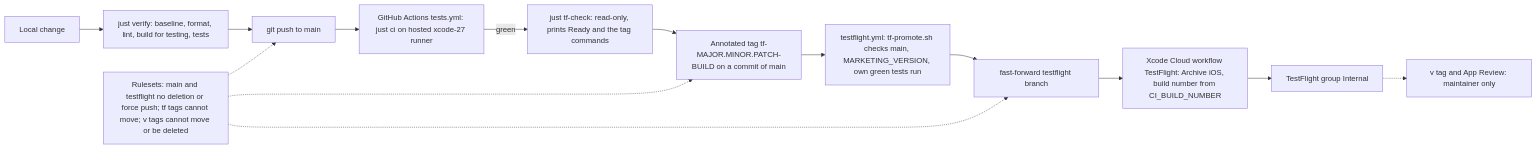
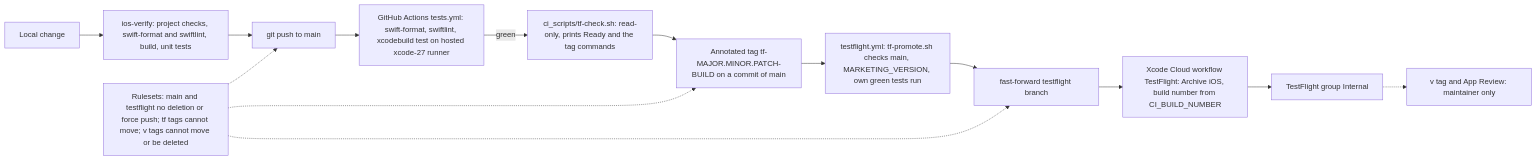
Before and after one commit to vil4max/pitstop-ios: the ninth of 9 diagrams in docs/engineering/system-overview.md, drawn with Mermaid. The commit also changed other lines of this file and 71 other files, not shown here.

````diff
--- a/docs/engineering/system-overview.md
+++ b/docs/engineering/system-overview.md
@@ -759,22 +759,22 @@
 ```mermaid
 flowchart LR
     dev["Local change"]
-    verify["just verify: baseline, format, lint, build for testing, tests"]
+    verify["ios-verify: project checks, swift-format and swiftlint, build, unit tests"]
     push["git push to main"]
-    tests["GitHub Actions tests.yml: just ci on hosted xcode-27 runner"]
-    check["just tf-check: read-only, prints Ready and the tag commands"]
+    tests["GitHub Actions tests.yml: swift-format, swiftlint, xcodebuild test on hosted xcode-27 runner"]
+    check["ci_scripts/tf-check.sh: read-only, prints Ready and the tag commands"]
     tag["Annotated tag tf-MAJOR.MINOR.PATCH-BUILD on a commit of main"]
     promote["testflight.yml: tf-promote.sh checks main, MARKETING_VERSION, own green tests run"]
     branch["fast-forward testflight branch"]
     xcc["Xcode Cloud workflow TestFlight: Archive iOS, build number from CI_BUILD_NUMBER"]
     tfg["TestFlight group Internal"]
     vtag["v tag and App Review: maintainer only"]
     rules["Rulesets: main and testflight no deletion or force push; tf tags cannot move; v tags cannot move or be deleted"]
 
     dev --> verify --> push --> tests
     tests -- green --> check --> tag --> promote --> branch --> xcc --> tfg
     tfg -.-> vtag
     rules -.-> push
     rules -.-> tag
     rules -.-> branch
 ```
````
